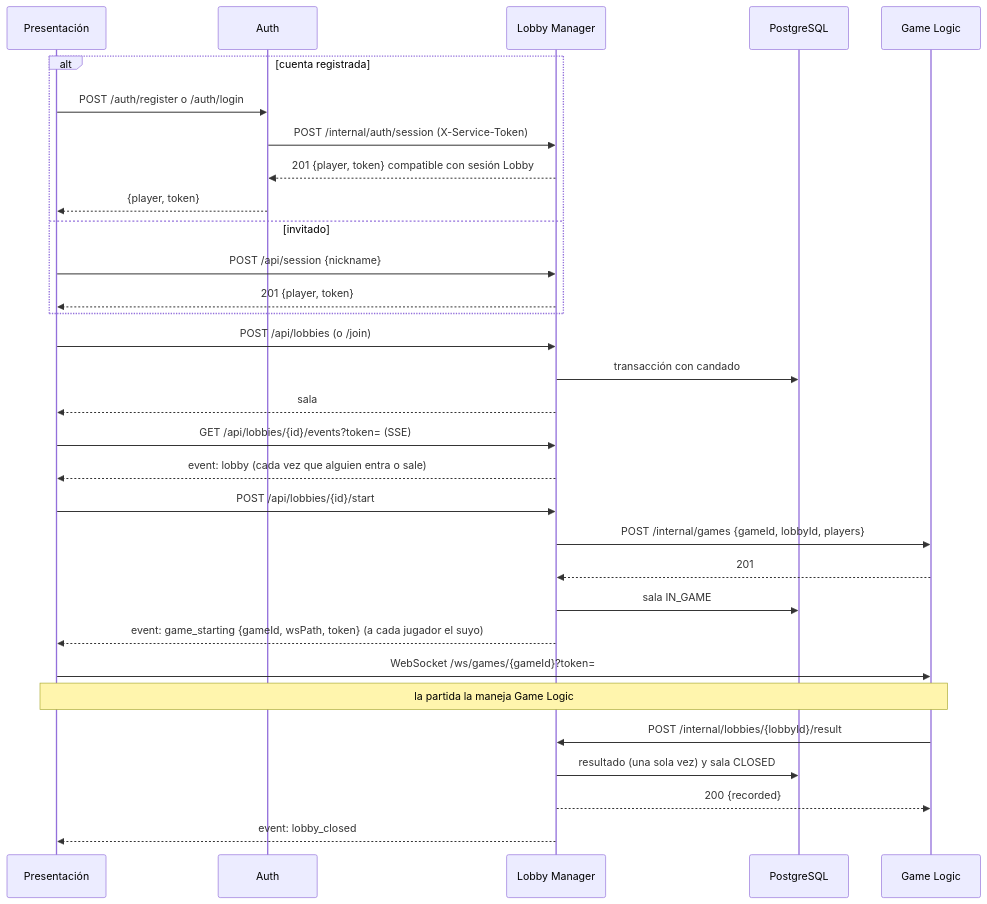
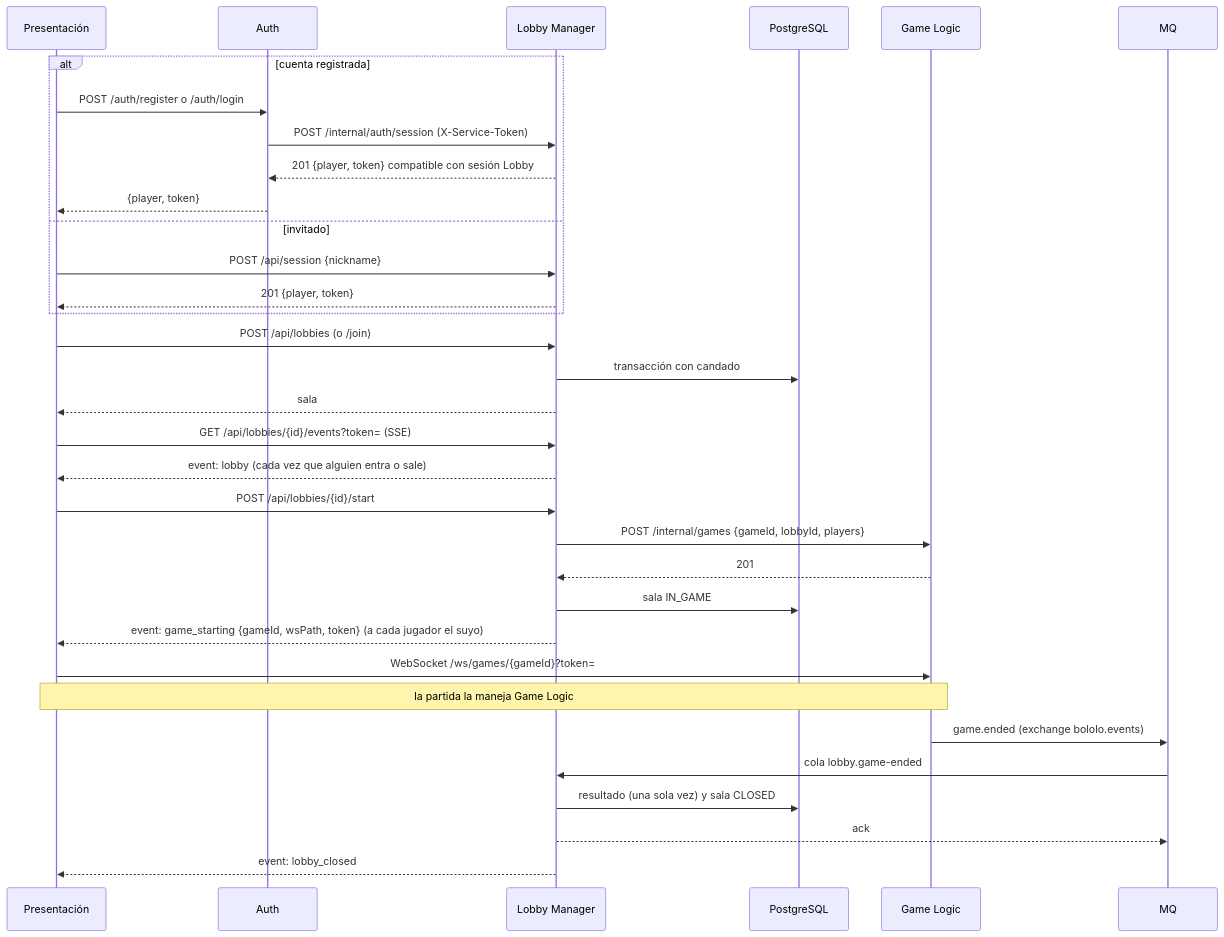
The diagram in docs/lobby-manager.md (soetgdeznsgk/ArchSoft-Group1F), drawn with Mermaid before and after one commit. The commit also changed other lines of this file and 33 other files, not shown here.

First line of the commit message:
Publish game results on RabbitMQ to remove the Lobby <-> Game Logic cycle

````diff
--- a/docs/lobby-manager.md
+++ b/docs/lobby-manager.md
@@ -25,34 +25,35 @@
 ```mermaid
 sequenceDiagram
     participant P as Presentación
     participant A as Auth
     participant LM as Lobby Manager
     participant PG as PostgreSQL
     participant GO as Game Logic
 
     alt cuenta registrada
         P->>A: POST /auth/register o /auth/login
         A->>LM: POST /internal/auth/session (X-Service-Token)
         LM-->>A: 201 {player, token} compatible con sesión Lobby
         A-->>P: {player, token}
     else invitado
         P->>LM: POST /api/session {nickname}
         LM-->>P: 201 {player, token}
     end
     P->>LM: POST /api/lobbies (o /join)
     LM->>PG: transacción con candado
     LM-->>P: sala
     P->>LM: GET /api/lobbies/{id}/events?token= (SSE)
     LM-->>P: event: lobby (cada vez que alguien entra o sale)
     P->>LM: POST /api/lobbies/{id}/start
     LM->>GO: POST /internal/games {gameId, lobbyId, players}
     GO-->>LM: 201
     LM->>PG: sala IN_GAME
     LM-->>P: event: game_starting {gameId, wsPath, token} (a cada jugador el suyo)
     P->>GO: WebSocket /ws/games/{gameId}?token=
     Note over P,GO: la partida la maneja Game Logic
-    GO->>LM: POST /internal/lobbies/{lobbyId}/result
+    GO->>MQ: game.ended (exchange bololo.events)
+    MQ->>LM: cola lobby.game-ended
     LM->>PG: resultado (una sola vez) y sala CLOSED
-    LM-->>GO: 200 {recorded}
+    LM-->>MQ: ack
     LM-->>P: event: lobby_closed
 ```
````
